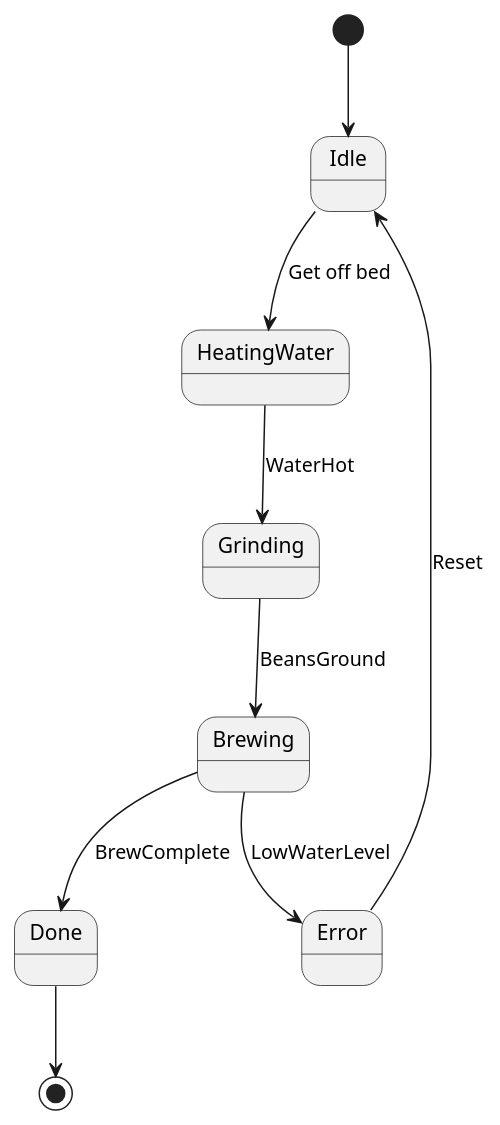
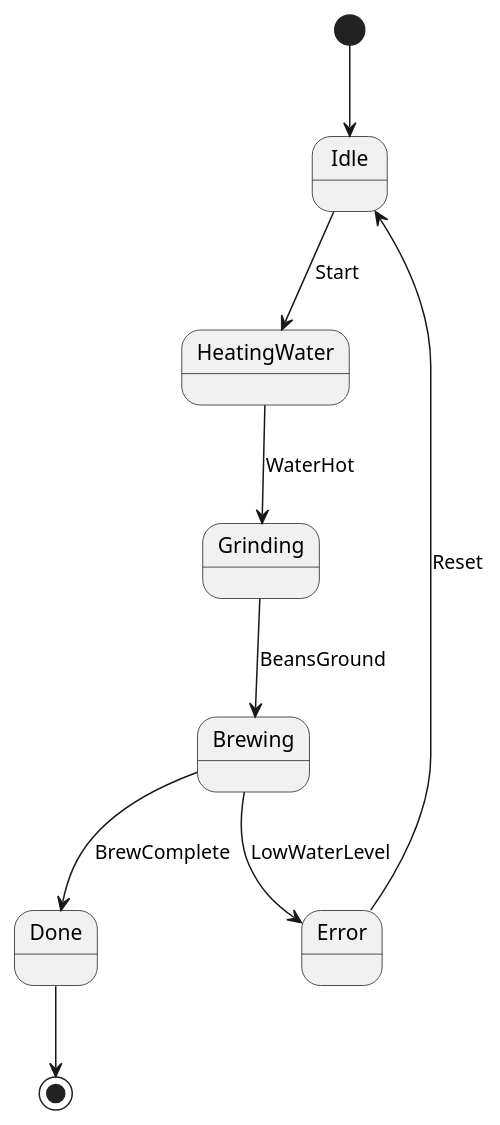
Before and after one commit to phamnhatha090805/Final_Assignment_Process_Safety: the diagram in src/chapter_1.md, drawn with PlantUML. The commit also changed 2 other files, not shown here.

Commit message:
Edit Making Coffee

````diff
--- a/src/chapter_1.md
+++ b/src/chapter_1.md
@@ -2,12 +2,12 @@
 ```plantuml
 @startuml
     [*] --> Idle
-    Idle --> HeatingWater : Get off bed
+    Idle --> HeatingWater : Start
     HeatingWater --> Grinding : WaterHot
     Grinding --> Brewing : BeansGround
     Brewing --> Done : BrewComplete
     Brewing --> Error : LowWaterLevel
     Error --> Idle : Reset
     Done --> [*]
 @enduml
 ```
````
